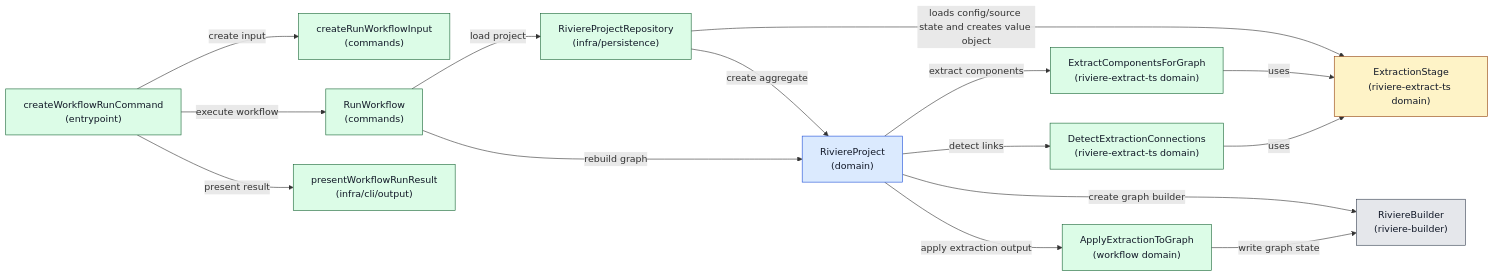
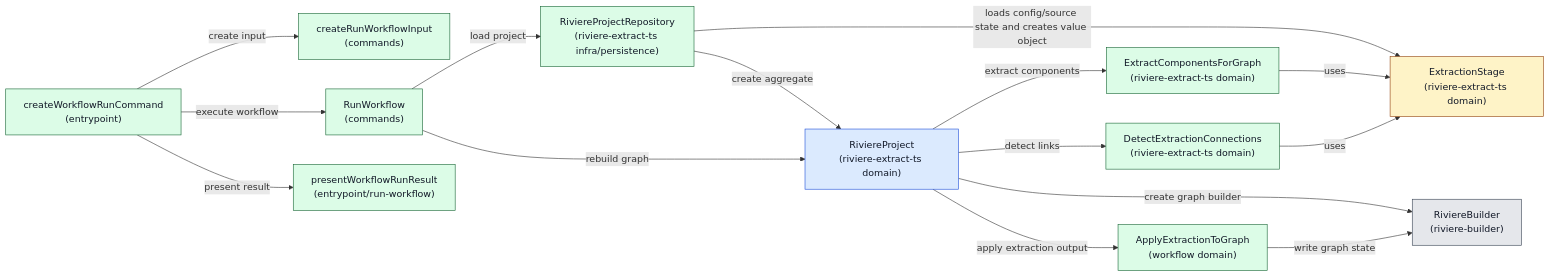
One commit to NTCoding/living-architecture changed the second of 5 diagrams in docs/project/PRD/riviere-extraction-workflows-v1/ARCH.md. Above: the diagram before and after it, drawn with Mermaid. The commit also changed other lines of this file and 6 other files, not shown here.

````diff
--- a/docs/project/PRD/riviere-extraction-workflows-v1/ARCH.md
+++ b/docs/project/PRD/riviere-extraction-workflows-v1/ARCH.md
@@ -201,46 +205,46 @@
 ```mermaid
 flowchart LR
   entrypoint["createWorkflowRunCommand<br/>(entrypoint)"]
   inputFactory["createRunWorkflowInput<br/>(commands)"]
   useCase["RunWorkflow<br/>(commands)"]
-  repository["RiviereProjectRepository<br/>(infra/persistence)"]
+  repository["RiviereProjectRepository<br/>(riviere-extract-ts infra/persistence)"]
   extractionStage["ExtractionStage<br/>(riviere-extract-ts domain)"]
   extractComponents["ExtractComponentsForGraph<br/>(riviere-extract-ts domain)"]
   detectConnections["DetectExtractionConnections<br/>(riviere-extract-ts domain)"]
-  project["RiviereProject<br/>(domain)"]
+  project["RiviereProject<br/>(riviere-extract-ts domain)"]
   builder["RiviereBuilder<br/>(riviere-builder)"]
   applyExtractionToGraph["ApplyExtractionToGraph<br/>(workflow domain)"]
-  formatter["presentWorkflowRunResult<br/>(infra/cli/output)"]
+  formatter["presentWorkflowRunResult<br/>(entrypoint/run-workflow)"]
 
   entrypoint -->|create input| inputFactory
   entrypoint -->|execute workflow| useCase
   useCase -->|load project| repository
   repository -->|loads config/source state and creates value object| extractionStage
   repository -->|create aggregate| project
   useCase -->|rebuild graph| project
   project -->|create graph builder| builder
   project -->|extract components| extractComponents
   project -->|detect links| detectConnections
   extractComponents -->|uses| extractionStage
   detectConnections -->|uses| extractionStage
   project -->|apply extraction output| applyExtractionToGraph
   applyExtractionToGraph -->|write graph state| builder
   entrypoint -->|present result| formatter
 
   classDef statusExisting fill:#e5e7eb,stroke:#374151,color:#111827
   classDef statusChanged fill:#fef3c7,stroke:#92400e,color:#111827
   classDef statusNew fill:#dcfce7,stroke:#166534,color:#111827
   classDef statusRequiresRoleChange fill:#dbeafe,stroke:#1d4ed8,color:#111827
   class entrypoint statusNew
   class inputFactory statusNew
   class useCase statusNew
   class repository statusNew
   class extractionStageMaterializer statusRequiresRoleChange
   class extractionStage statusChanged
   class extractComponents statusNew
   class detectConnections statusNew
   class project statusRequiresRoleChange
   class builder statusExisting
   class applyExtractionToGraph statusNew
   class formatter statusNew
 ```
````
